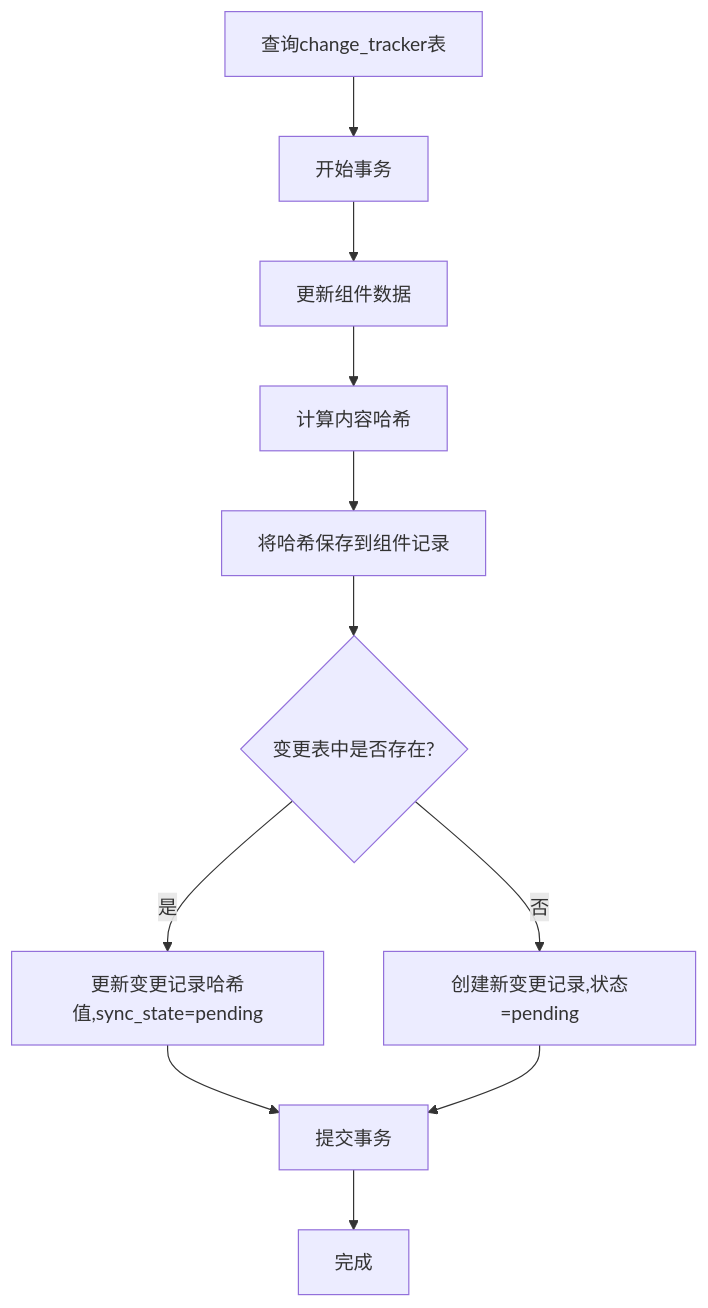
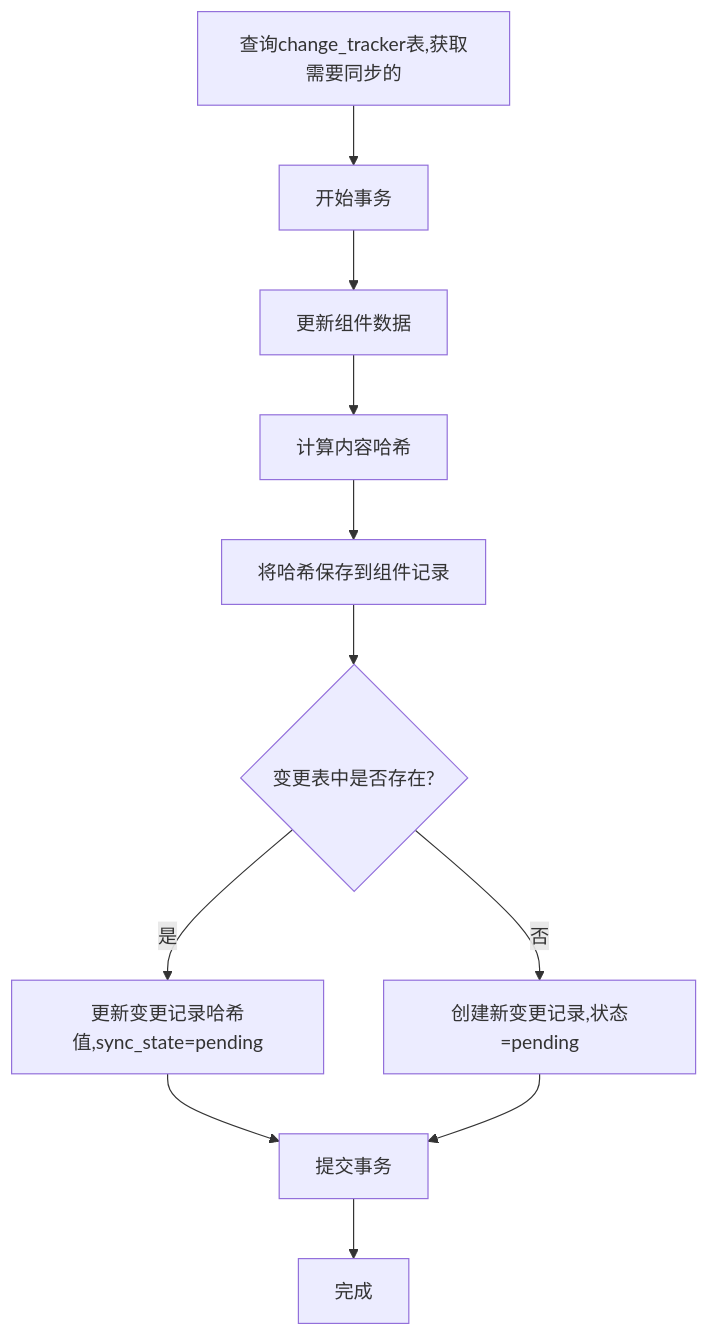
One commit to yingjianzh/iodraw-files changed the diagram in all/未命名-43.md. Above: the diagram before and after it, drawn with Mermaid.

Commit message:
2025-04-25 18:12:23 update

````diff
--- a/all/未命名-43.md
+++ b/all/未命名-43.md
@@ -1,17 +1,17 @@
 ```mermaid
 
 flowchart TD
-    Start[查询change_tracker表] --> StartTransaction[开始事务]
+    Start[查询change_tracker表,获取需要同步的] --> StartTransaction[开始事务]
     StartTransaction --> UpdateComponent[更新组件数据]
     UpdateComponent --> CalcHash[计算内容哈希]
     CalcHash --> SaveHash[将哈希保存到组件记录]
     SaveHash --> CheckExists{变更表中是否存在?}
     
     CheckExists -- 是 --> UpdateChange[更新变更记录哈希值,sync_state=pending]
     CheckExists -- 否 --> CreateChange[创建新变更记录,状态=pending]
     
     UpdateChange --> CommitTransaction[提交事务]
     CreateChange --> CommitTransaction
     CommitTransaction --> End[完成]
 
 ```
````
